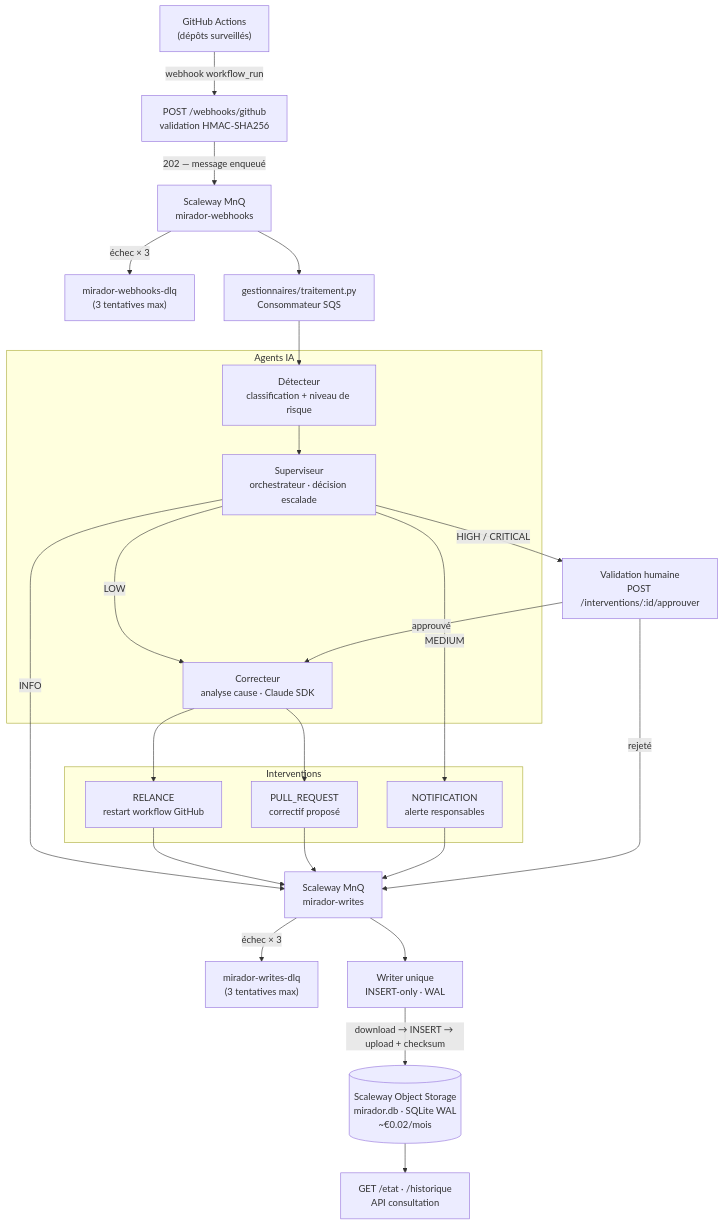
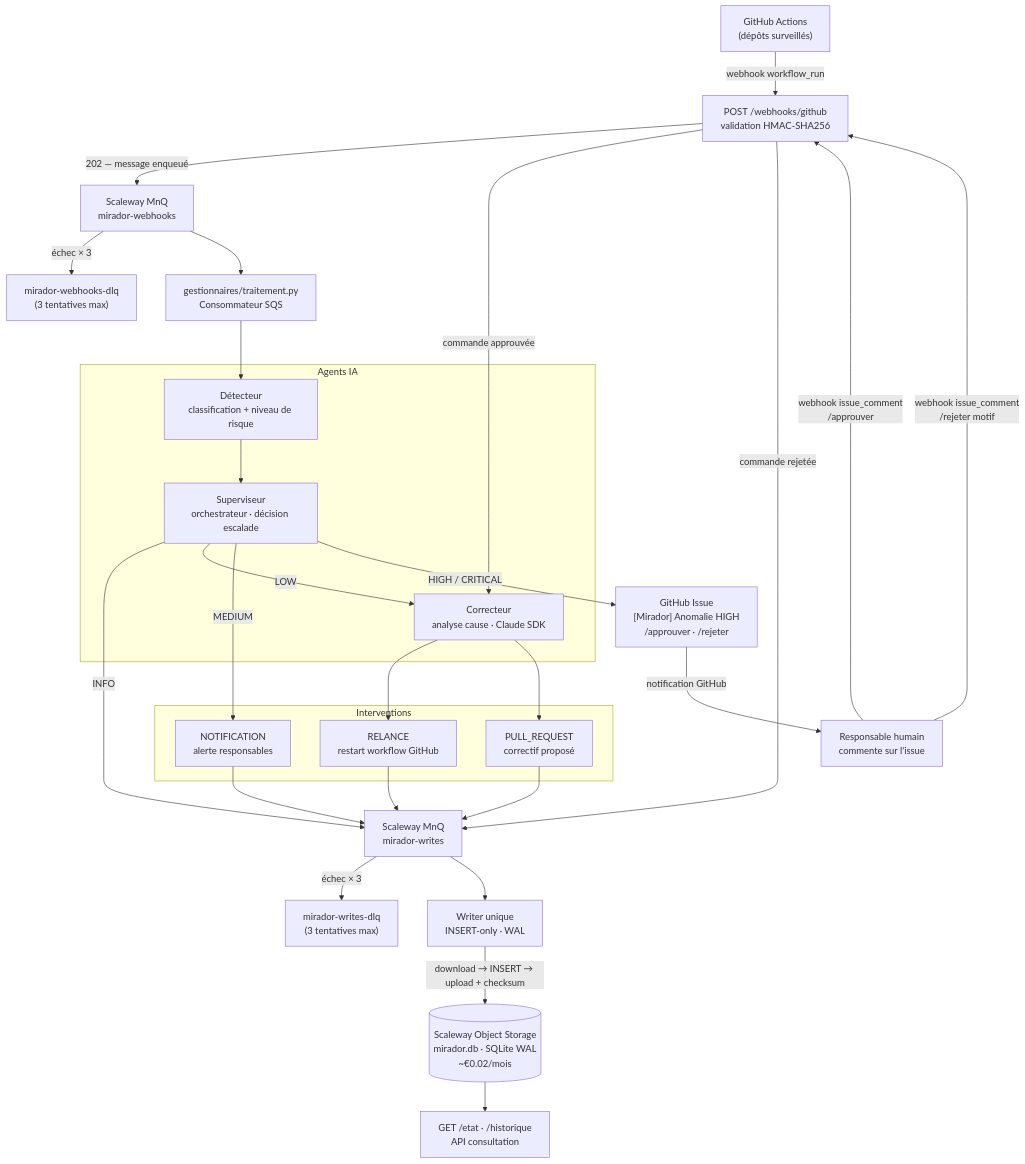
Before and after one commit to aboigues/mirador: the diagram in README.md, drawn with Mermaid. The commit also changed other lines of this file and 4 other files, not shown here.

First line of the commit message:
feat(spec): validation humaine via GitHub Issue + commandes /approuver /rejeter

````diff
--- a/README.md
+++ b/README.md
@@ -11,49 +11,53 @@
 ```mermaid
 flowchart TD
     GH["GitHub Actions\n(dépôts surveillés)"]
     WH["POST /webhooks/github\nvalidation HMAC-SHA256"]
     MNQ["Scaleway MnQ\nmirador-webhooks"]
     DLQ1["mirador-webhooks-dlq\n(3 tentatives max)"]
     TRAIT["gestionnaires/traitement.py\nConsommateur SQS"]
 
     subgraph Agents["Agents IA"]
         DET["Détecteur\nclassification + niveau de risque"]
         CORR["Correcteur\nanalyse cause · Claude SDK"]
         SUP["Superviseur\norchestrateur · décision escalade"]
     end
 
     subgraph Actions["Interventions"]
         RELANCE["RELANCE\nrestart workflow GitHub"]
         PR["PULL_REQUEST\ncorrectif proposé"]
         NOTIF["NOTIFICATION\nalerte responsables"]
     end
 
     WQUEUE["Scaleway MnQ\nmirador-writes"]
     DLQ2["mirador-writes-dlq\n(3 tentatives max)"]
     WRITER["Writer unique\nINSERT-only · WAL"]
     BUCKET[("Scaleway Object Storage\nmirador.db · SQLite WAL\n~€0.02/mois")]
     API["GET /etat · /historique\nAPI consultation"]
-    HUMAIN["Validation humaine\nPOST /interventions/:id/approuver"]
+    ISSUE["GitHub Issue\n[Mirador] Anomalie HIGH\n/approuver · /rejeter"]
+    HUMAIN["Responsable humain\ncommente sur l'issue"]
 
     GH -->|"webhook workflow_run"| WH
     WH -->|"202 — message enqueué"| MNQ
     MNQ -->|"échec × 3"| DLQ1
     MNQ --> TRAIT
     TRAIT --> DET
     DET --> SUP
     SUP -->|"INFO"| WQUEUE
     SUP -->|"LOW"| CORR
     SUP -->|"MEDIUM"| NOTIF
-    SUP -->|"HIGH / CRITICAL"| HUMAIN
+    SUP -->|"HIGH / CRITICAL"| ISSUE
+    ISSUE -->|"notification GitHub"| HUMAIN
+    HUMAIN -->|"webhook issue_comment\n/approuver"| WH
+    HUMAIN -->|"webhook issue_comment\n/rejeter motif"| WH
+    WH -->|"commande approuvée"| CORR
+    WH -->|"commande rejetée"| WQUEUE
     CORR --> RELANCE
     CORR --> PR
     RELANCE --> WQUEUE
     PR --> WQUEUE
     NOTIF --> WQUEUE
-    HUMAIN -->|"approuvé"| CORR
-    HUMAIN -->|"rejeté"| WQUEUE
     WQUEUE -->|"échec × 3"| DLQ2
     WQUEUE --> WRITER
     WRITER -->|"download → INSERT → upload + checksum"| BUCKET
     BUCKET --> API
 ```
````
